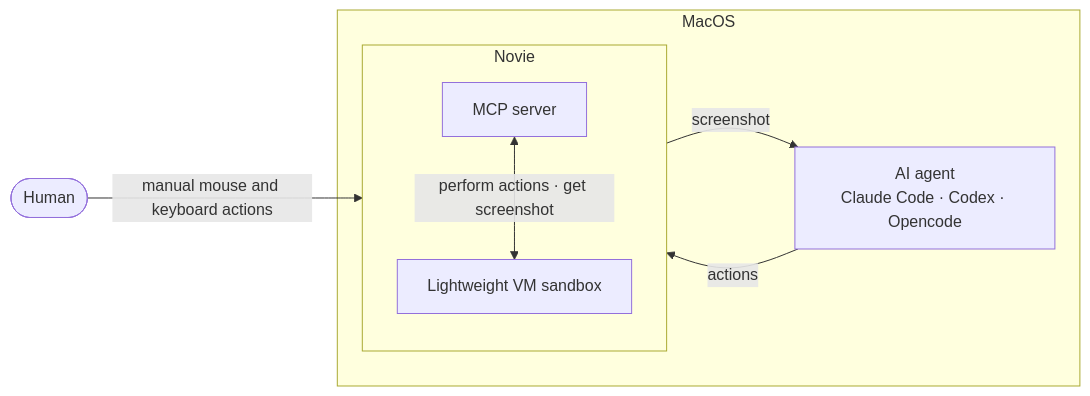
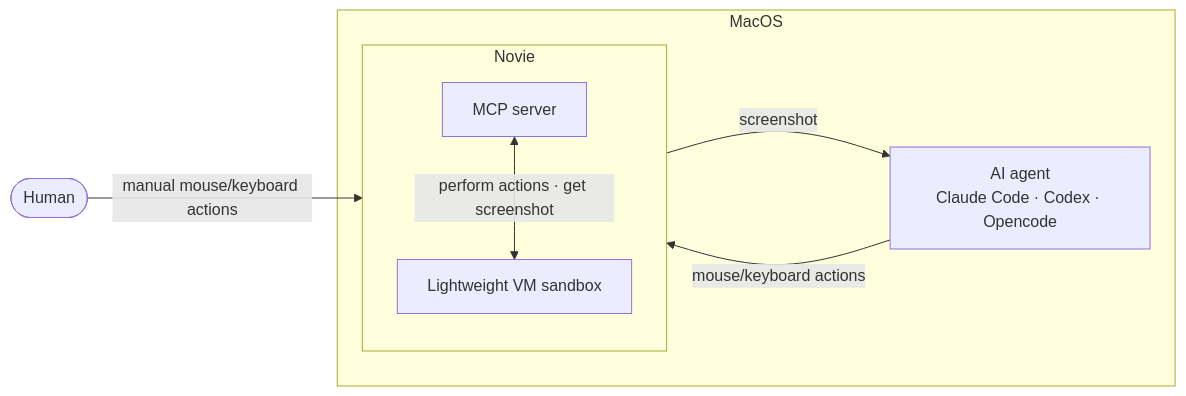
One commit to allenx123/novie changed the diagram in README.md. Above: the diagram before and after it, drawn with Mermaid.

Commit message:
correcvt architecture diagram

````diff
--- a/README.md
+++ b/README.md
@@ -44,19 +44,19 @@
 ```mermaid
 flowchart LR
     H(["Human"])
 
     subgraph mac["MacOS"]
         A["AI agent<br/>Claude Code · Codex · Opencode"]
 
         subgraph app["Novie"]
             direction TB
             MCP["MCP server"]
             VM["Lightweight VM sandbox"]
         end
     end
 
-    H -- "manual mouse and keyboard actions" --> VM
-    A -- "actions" --> MCP
+    H -- "manual mouse/keyboard actions" --> VM
+    A -- "mouse/keyboard actions" --> MCP
     MCP -- "screenshot" --> A
     MCP <-- "perform actions · get screenshot" --> VM
 ```
````
